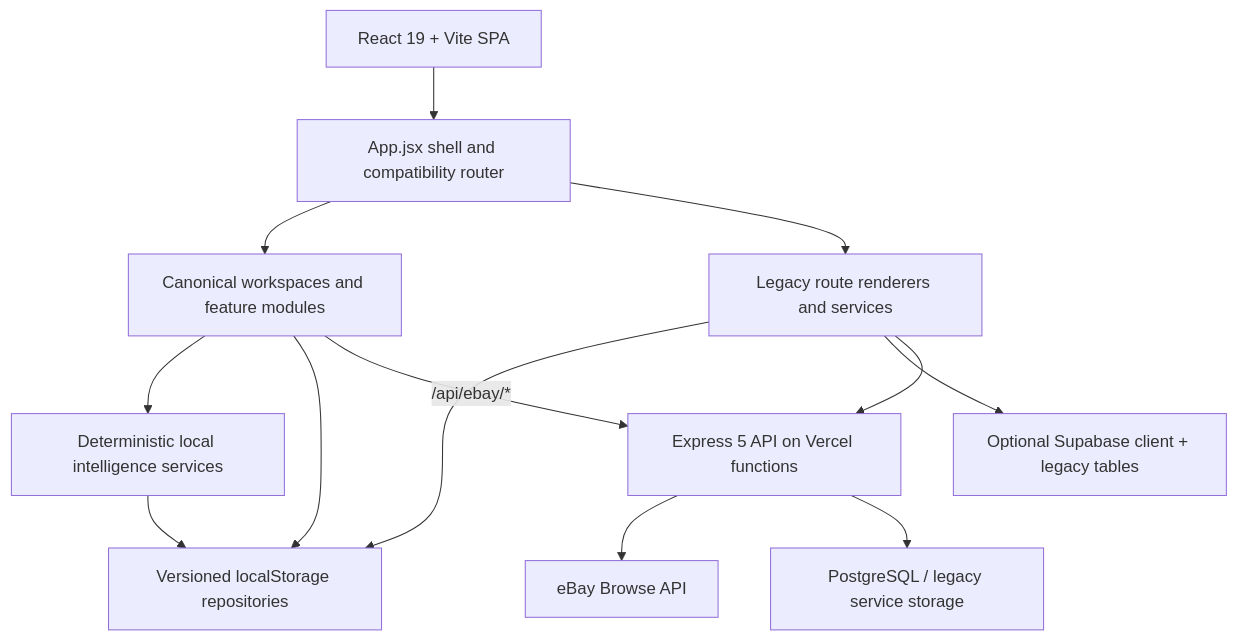
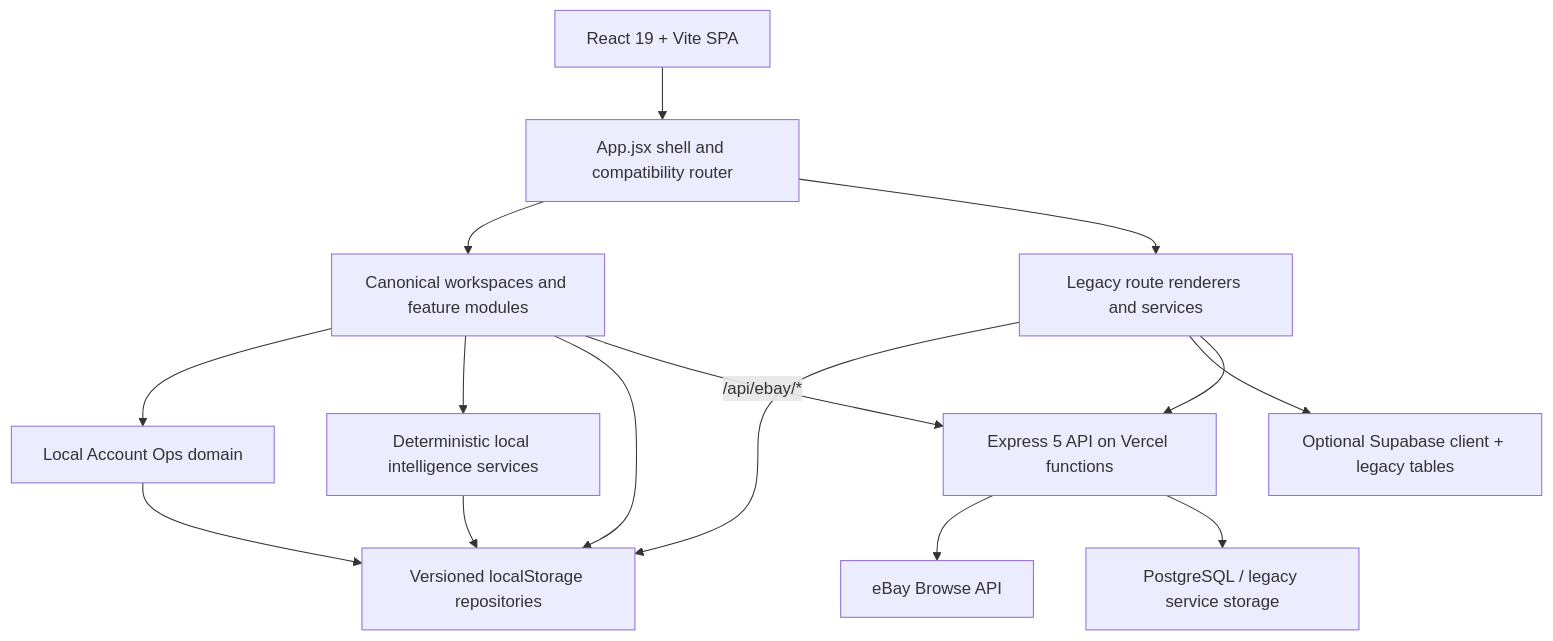
The first of 2 diagrams in docs/ARCHITECTURE.md (zafthegreat-cyber/ember-ledger), drawn with Mermaid before and after one commit. The commit also changed other lines of this file and 46 other files, not shown here.

Commit message:
Code 3 Phase 2A Account Ops foundation

````diff
--- a/docs/ARCHITECTURE.md
+++ b/docs/ARCHITECTURE.md
@@ -72,26 +91,29 @@
 ```mermaid
 flowchart TD
     Browser["React 19 + Vite SPA"]
     Shell["App.jsx shell and compatibility router"]
     Canonical["Canonical workspaces and feature modules"]
+    AccountOps["Local Account Ops domain"]
     Intelligence["Deterministic local intelligence services"]
     Legacy["Legacy route renderers and services"]
     Local["Versioned localStorage repositories"]
     Supabase["Optional Supabase client + legacy tables"]
     API["Express 5 API on Vercel functions"]
     Ebay["eBay Browse API"]
     Postgres["PostgreSQL / legacy service storage"]
 
     Browser --> Shell
     Shell --> Canonical
+    Canonical --> AccountOps
     Shell --> Legacy
     Canonical --> Intelligence
     Intelligence --> Local
+    AccountOps --> Local
     Canonical --> Local
     Legacy --> Local
     Legacy --> Supabase
     Canonical -->|"/api/ebay/*"| API
     Legacy --> API
     API --> Ebay
     API --> Postgres
 ```
````
